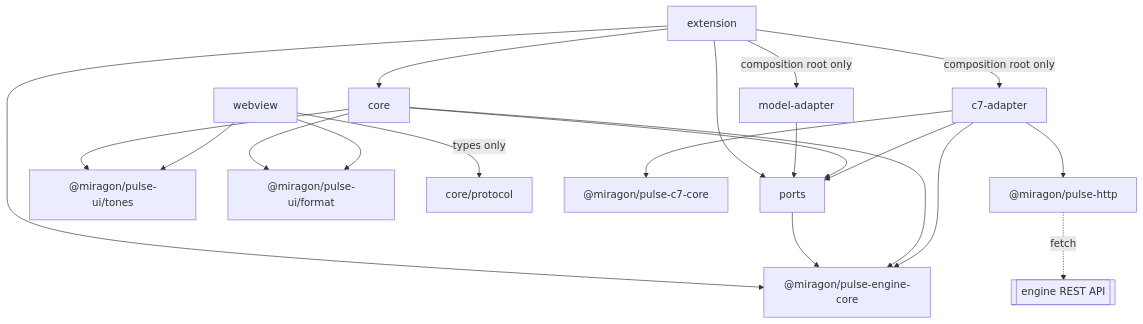
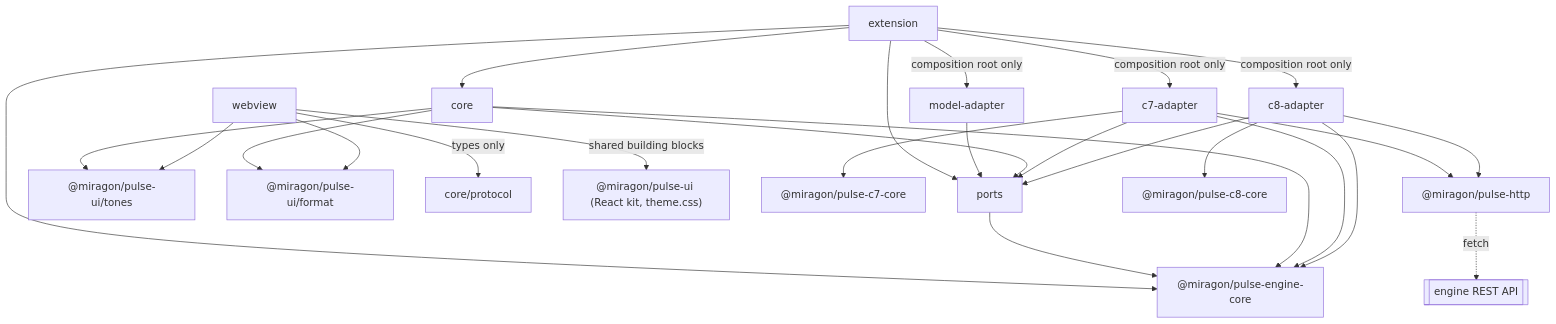
One commit to Miragon/pulse changed the first of 2 diagrams in apps/vscode/docs/adr/architecture.md. Above: the diagram before and after it, drawn with Mermaid. The commit also changed other lines of this file and 1868 other files, not shown here.

````diff
--- a/apps/vscode/docs/adr/architecture.md
+++ b/apps/vscode/docs/adr/architecture.md
@@ -47,22 +49,28 @@
 ```mermaid
 flowchart TB
   extension --> core
   extension --> ports
   extension --> engineCore["@miragon/pulse-engine-core"]
   extension -- composition root only --> adapterC7[c7-adapter]
+  extension -- composition root only --> adapterC8[c8-adapter]
   extension -- composition root only --> modelAdapter[model-adapter]
   ports --> engineCore
   modelAdapter --> ports
   core --> ports
   core --> engineCore
   core --> tones["@miragon/pulse-ui/tones"]
   core --> format["@miragon/pulse-ui/format"]
   webview -- types only --> protocol[core/protocol]
   webview --> tones
   webview --> format
+  webview -- shared building blocks --> kit["@miragon/pulse-ui (React kit, theme.css)"]
   adapterC7 --> ports
   adapterC7 --> engineCore
   adapterC7 --> c7core["@miragon/pulse-c7-core"]
   adapterC7 --> http["@miragon/pulse-http"]
+  adapterC8 --> ports
+  adapterC8 --> engineCore
+  adapterC8 --> c8core["@miragon/pulse-c8-core"]
+  adapterC8 --> http
   http -. "fetch" .-> rest[[engine REST API]]
 ```
````
